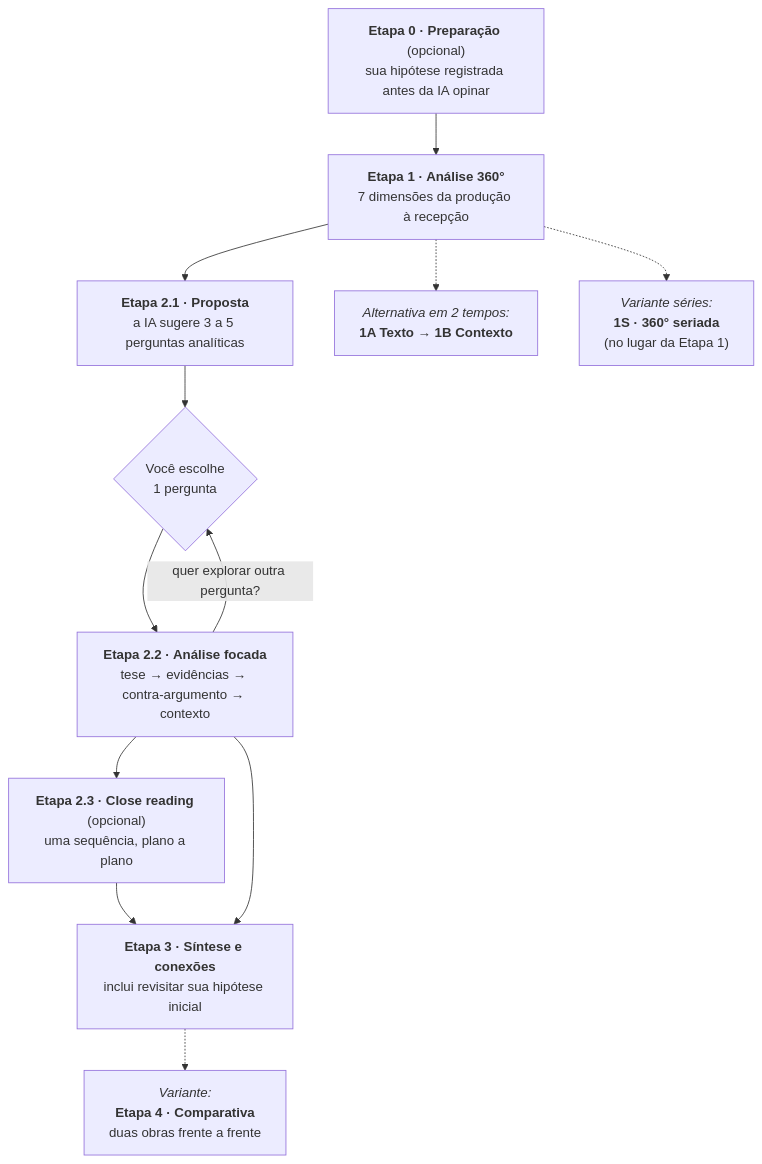
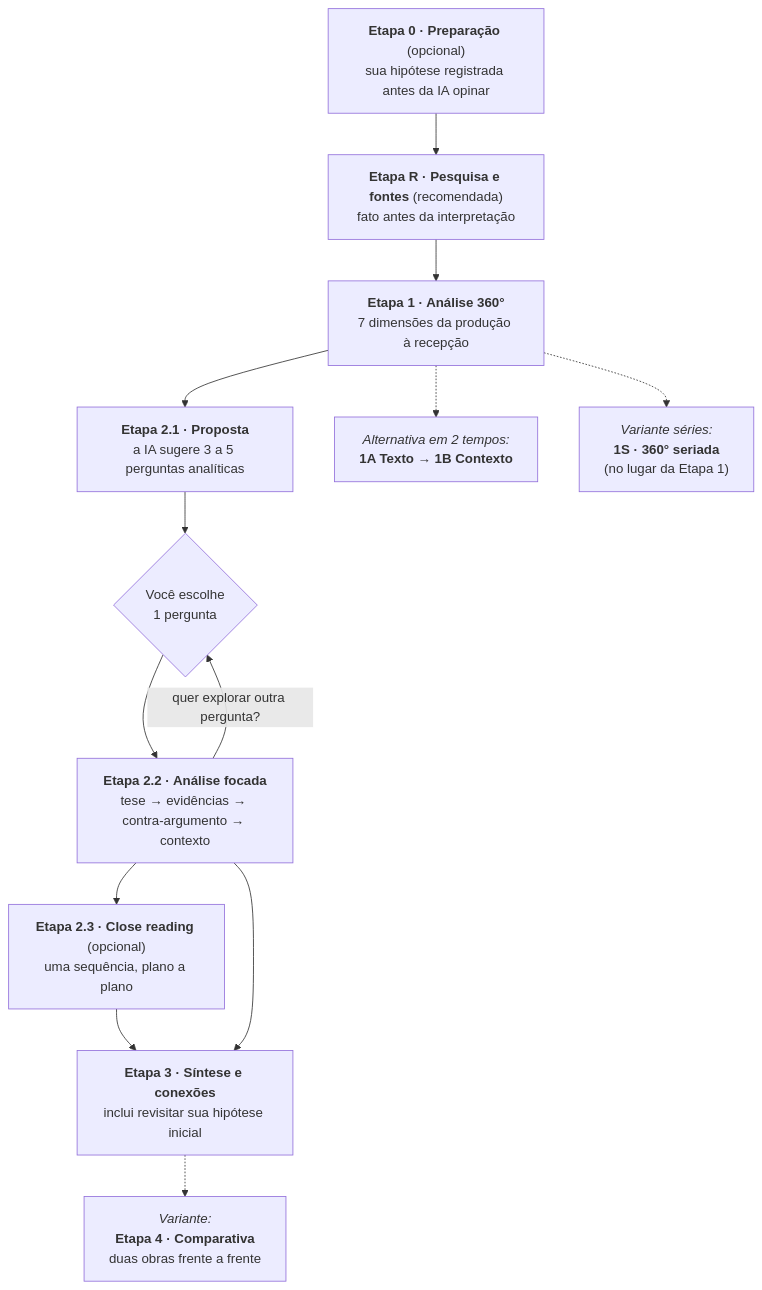
Before and after one commit to LucasRangel89/fluxo: the diagram in docs/fluxo.md, drawn with Mermaid. The commit also changed other lines of this file and 35 other files, not shown here.

````diff
--- a/docs/fluxo.md
+++ b/docs/fluxo.md
@@ -15,14 +15,15 @@
 ```mermaid
 flowchart TD
-    Z["<b>Etapa 0 · Preparação</b> (opcional)<br/>sua hipótese registrada antes da IA opinar"] --> A["<b>Etapa 1 · Análise 360°</b><br/>7 dimensões da produção à recepção"]
+    Z["<b>Etapa 0 · Preparação</b> (opcional)<br/>sua hipótese registrada antes da IA opinar"] --> R["<b>Etapa R · Pesquisa e fontes</b> (recomendada)<br/>fato antes da interpretação"]
+    R --> A["<b>Etapa 1 · Análise 360°</b><br/>7 dimensões da produção à recepção"]
     A --> B["<b>Etapa 2.1 · Proposta</b><br/>a IA sugere 3 a 5 perguntas analíticas"]
     A -.-> A1["<i>Alternativa em 2 tempos:</i><br/><b>1A Texto</b> → <b>1B Contexto</b>"]
     B --> C{"Você escolhe<br/>1 pergunta"}
     C --> D["<b>Etapa 2.2 · Análise focada</b><br/>tese → evidências → contra-argumento → contexto"]
     D -->|"quer explorar outra pergunta?"| C
     D --> D3["<b>Etapa 2.3 · Close reading</b> (opcional)<br/>uma sequência, plano a plano"]
     D3 --> E["<b>Etapa 3 · Síntese e conexões</b><br/>inclui revisitar sua hipótese inicial"]
     D --> E
     A -.-> A2["<i>Variante séries:</i><br/><b>1S · 360° seriada</b><br/>(no lugar da Etapa 1)"]
     E -.-> F["<i>Variante:</i><br/><b>Etapa 4 · Comparativa</b><br/>duas obras frente a frente"]
 ```
````
